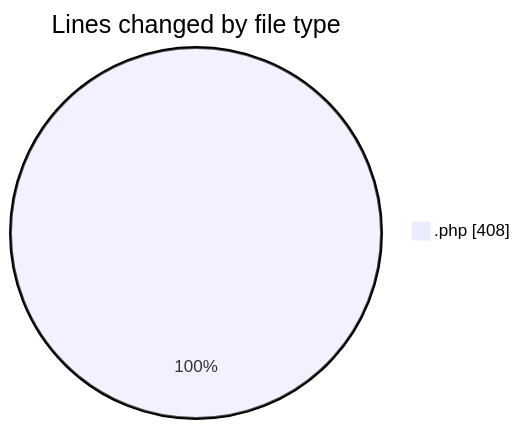
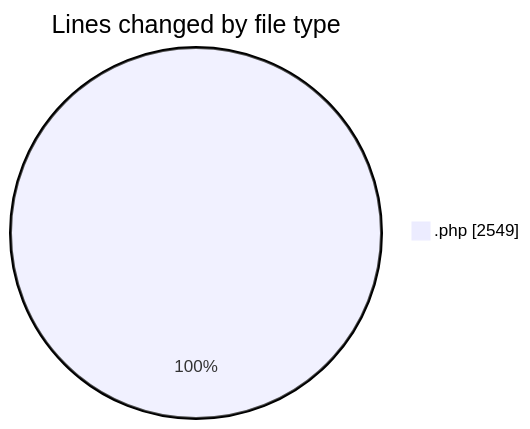
Before and after one commit to vahidmafi/code-tracking: the first of 2 diagrams in 2025-04-10/zeytoon/README.md, drawn with Mermaid. The commit also changed other lines of this file and 1 other file, not shown here.

````diff
--- a/2025-04-10/zeytoon/README.md
+++ b/2025-04-10/zeytoon/README.md
@@ -20,5 +21,5 @@
 ```mermaid
 pie showData
 title Lines changed by file type
-".php" : 408
+".php" : 2549
 ```
````
